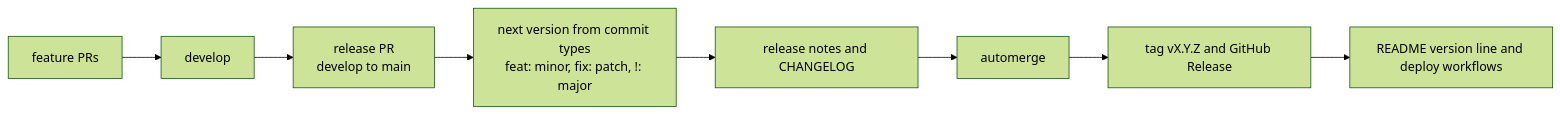
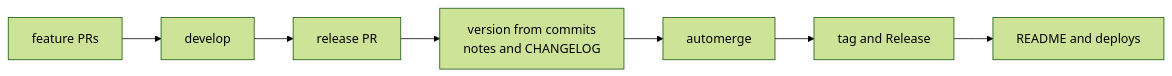
The first of 2 diagrams in README.md (Twin-Fang/project-auto-wizard), drawn with Mermaid (forest theme) before and after one commit. The commit also changed other lines of this file and 3 other files, not shown here.

````diff
--- a/README.md
+++ b/README.md
@@ -124,10 +124,4 @@
 ```mermaid
 flowchart LR
-    A[feature PRs] --> B[develop]
-    B --> C[release PR<br/>develop to main]
-    C --> D[next version from commit types<br/>feat: minor, fix: patch, !: major]
-    D --> E[release notes and CHANGELOG]
-    E --> F[automerge]
-    F --> G[tag vX.Y.Z and GitHub Release]
-    G --> H[README version line and deploy workflows]
+    A["feature PRs"] --> B["develop"] --> C["release PR"] --> D["version from commits<br/>notes and CHANGELOG"] --> E["automerge"] --> F["tag and Release"] --> G["README and deploys"]
 ```
````
